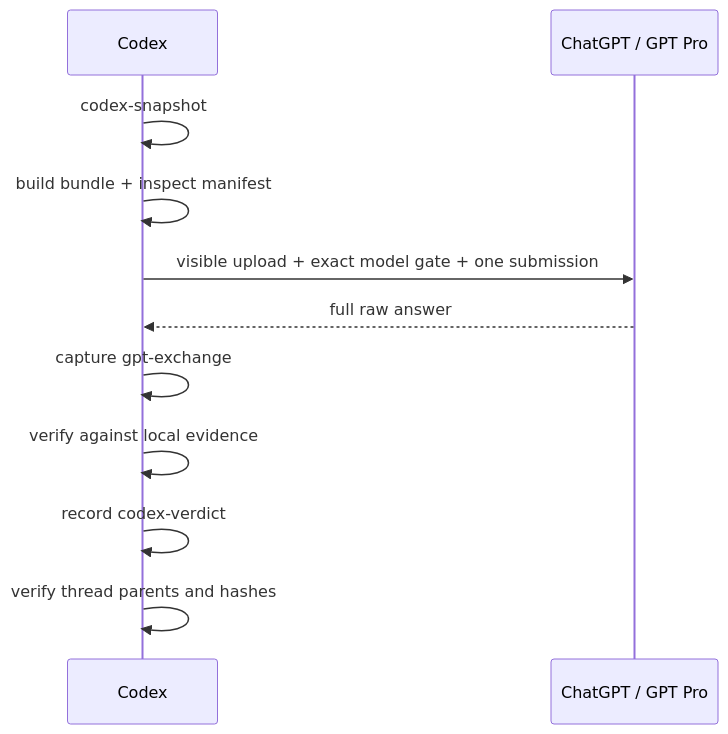
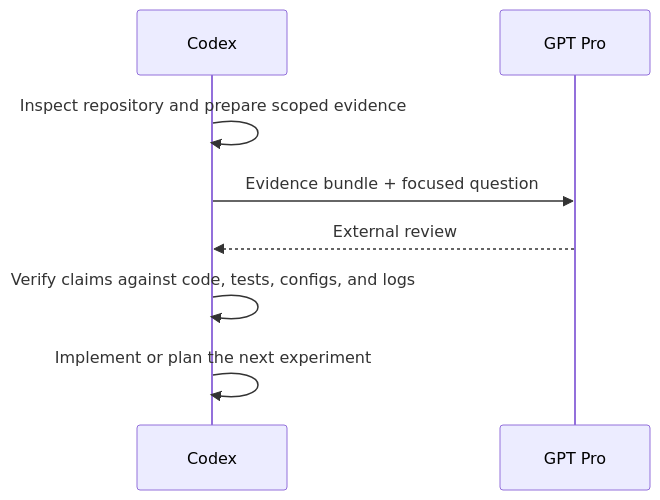
Before and after one commit to WILLOSCAR/codex-pro-bridge: the diagram in README.md, drawn with Mermaid. The commit also changed other lines of this file and 5 other files, not shown here.

````diff
--- a/README.md
+++ b/README.md
@@ -80,13 +40,10 @@
 ```mermaid
 sequenceDiagram
   participant C as Codex
-  participant G as ChatGPT / GPT Pro
-  C->>C: codex-snapshot
-  C->>C: build bundle + inspect manifest
-  C->>G: visible upload + exact model gate + one submission
-  G-->>C: full raw answer
-  C->>C: capture gpt-exchange
-  C->>C: verify against local evidence
-  C->>C: record codex-verdict
-  C->>C: verify thread parents and hashes
+  participant G as GPT Pro
+  C->>C: Inspect repository and prepare scoped evidence
+  C->>G: Evidence bundle + focused question
+  G-->>C: External review
+  C->>C: Verify claims against code, tests, configs, and logs
+  C->>C: Implement or plan the next experiment
 ```
````
